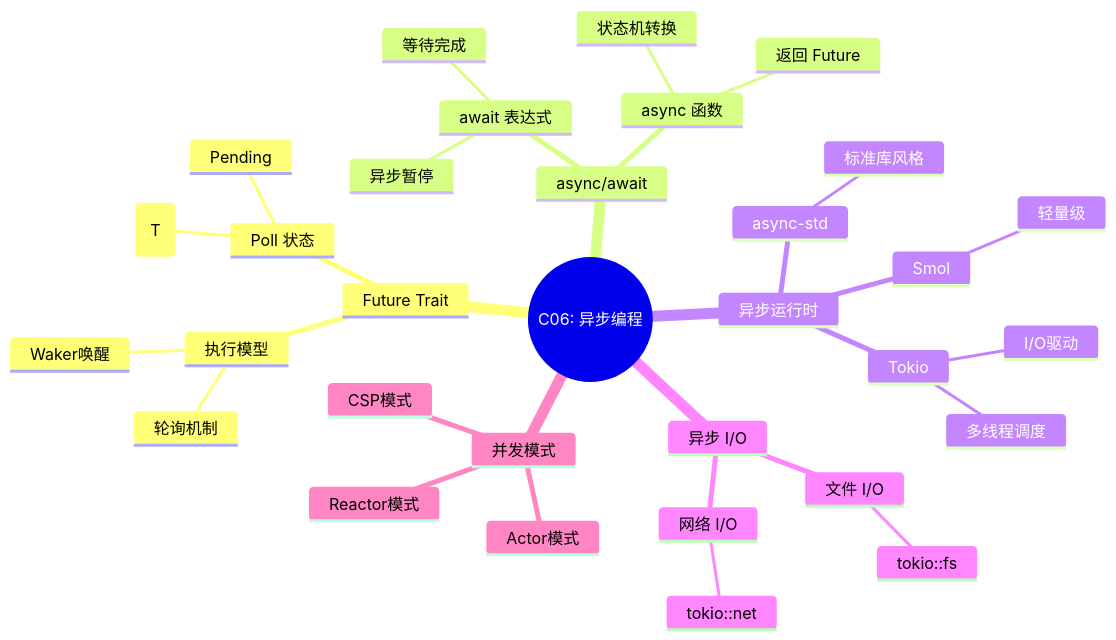
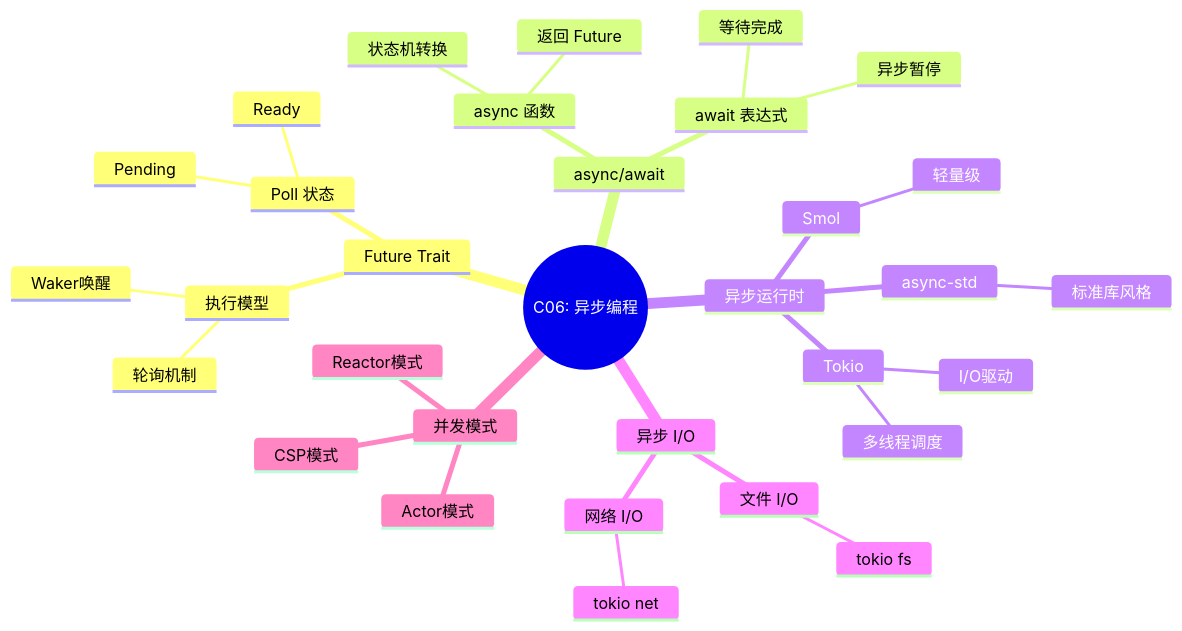
Before and after one commit to martin-ly/rust-lang: diagram 16 of 19 in docs/04_thinking/04_mind_map_collection.md, drawn with Mermaid. The commit also changed other lines of this file and 97 other files, not shown here.

````diff
--- a/docs/04_thinking/04_mind_map_collection.md
+++ b/docs/04_thinking/04_mind_map_collection.md
@@ -905,35 +905,35 @@
 ```mermaid
 mindmap
   root((C06: 异步编程))
     Future Trait
       Poll 状态
-        Ready(T)
+        Ready
         Pending
       执行模型
         轮询机制
         Waker唤醒
     async/await
       async 函数
         返回 Future
         状态机转换
       await 表达式
         异步暂停
         等待完成
     异步运行时
       Tokio
         多线程调度
         I/O驱动
       async-std
         标准库风格
       Smol
         轻量级
     异步 I/O
       文件 I/O
-        tokio::fs
+        tokio fs
       网络 I/O
-        tokio::net
+        tokio net
     并发模式
       Reactor模式
       Actor模式
       CSP模式
 ```
````
